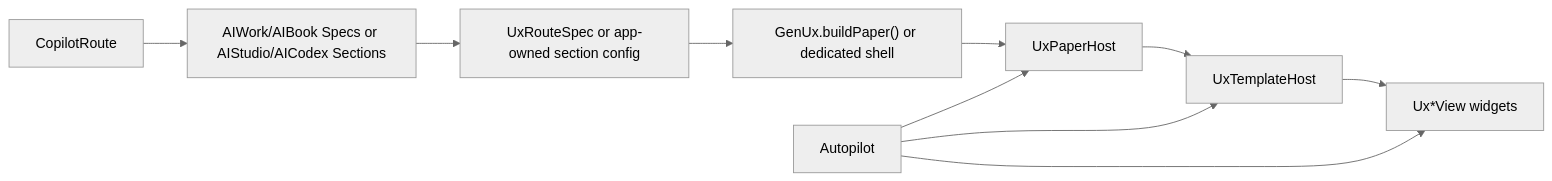
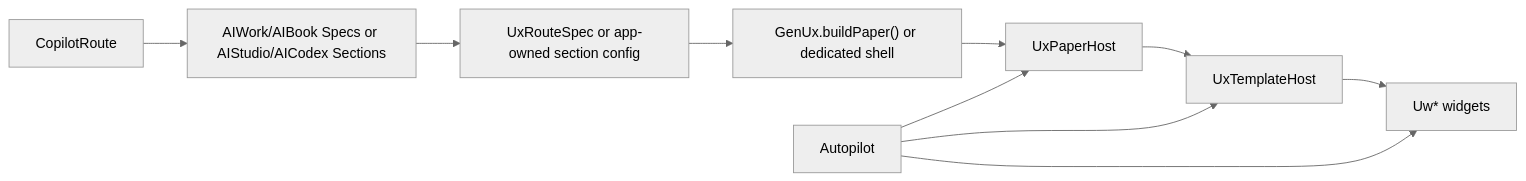
One commit to githubflutter/genrp changed the second of 4 diagrams in docs/project_deep_analysis.md. Above: the diagram before and after it, drawn with Mermaid (neutral theme). The commit also changed other lines of this file and 57 other files, not shown here.

````diff
--- a/docs/project_deep_analysis.md
+++ b/docs/project_deep_analysis.md
@@ -376,16 +410,16 @@
 ```mermaid
 flowchart LR
     Route["CopilotRoute"]
     Specs["AIWork/AIBook Specs or AIStudio/AICodex Sections"]
     RS["UxRouteSpec or app-owned section config"]
     GX["GenUx.buildPaper() or dedicated shell"]
     PH["UxPaperHost"]
     TH["UxTemplateHost"]
-    VW["Ux*View widgets"]
+    VW["Uw* widgets"]
     AP["Autopilot"]
 
     Route --> Specs --> RS --> GX --> PH --> TH --> VW
     AP --> PH
     AP --> TH
     AP --> VW
 ```
````
